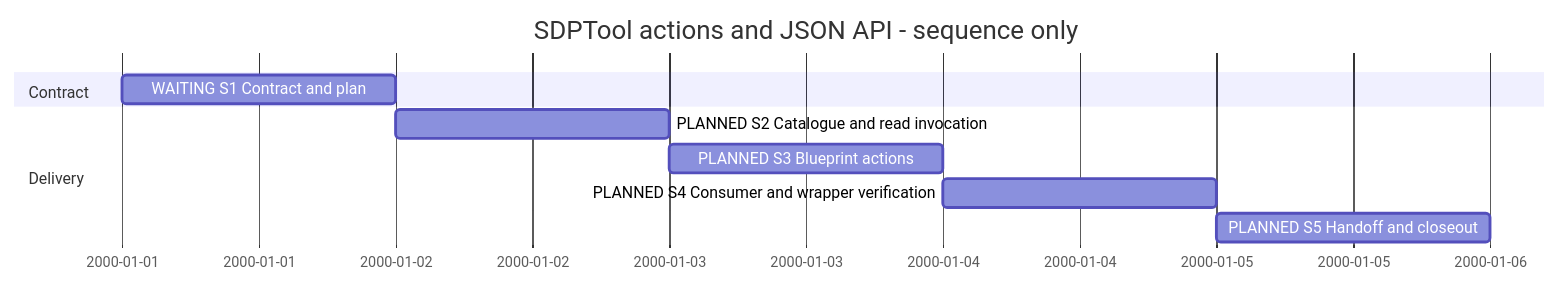
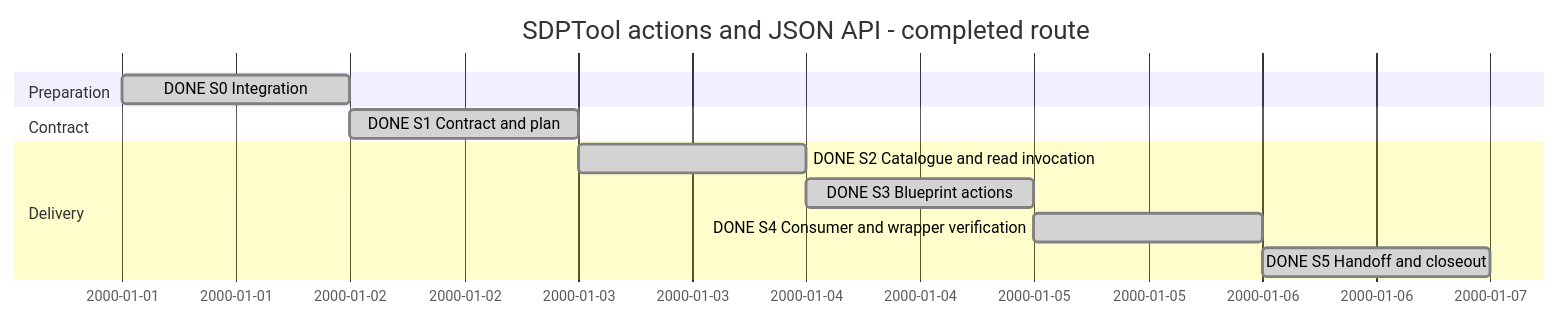
Before and after one commit to Hans-Einar/SDP: the diagram in SDP/Sessions/session-#0011--SDPTool_actions_and_JSON_API.md, drawn with Mermaid. The commit also changed other lines of this file and 9 other files, not shown here.

Commit message:
ACT5-M1: close Session0011 with verified Actions handoff and traceability

````diff
--- a/SDP/Sessions/session-#0011--SDPTool_actions_and_JSON_API.md
+++ b/SDP/Sessions/session-#0011--SDPTool_actions_and_JSON_API.md
@@ -15,12 +14,14 @@
 ```mermaid
 gantt
-    title SDPTool actions and JSON API - sequence only
+    title SDPTool actions and JSON API - completed route
     dateFormat YYYY-MM-DD
+    section Preparation
+    DONE S0 Integration :done,z,2000-01-01,1d
     section Contract
-    WAITING S1 Contract and plan :a,2000-01-01,1d
+    DONE S1 Contract and plan :done,a,after z,1d
     section Delivery
-    PLANNED S2 Catalogue and read invocation :b,after a,1d
-    PLANNED S3 Blueprint actions :c,after b,1d
-    PLANNED S4 Consumer and wrapper verification :d,after c,1d
-    PLANNED S5 Handoff and closeout :e,after d,1d
+    DONE S2 Catalogue and read invocation :done,b,after a,1d
+    DONE S3 Blueprint actions :done,c,after b,1d
+    DONE S4 Consumer and wrapper verification :done,d,after c,1d
+    DONE S5 Handoff and closeout :done,e,after d,1d
 ```
````
